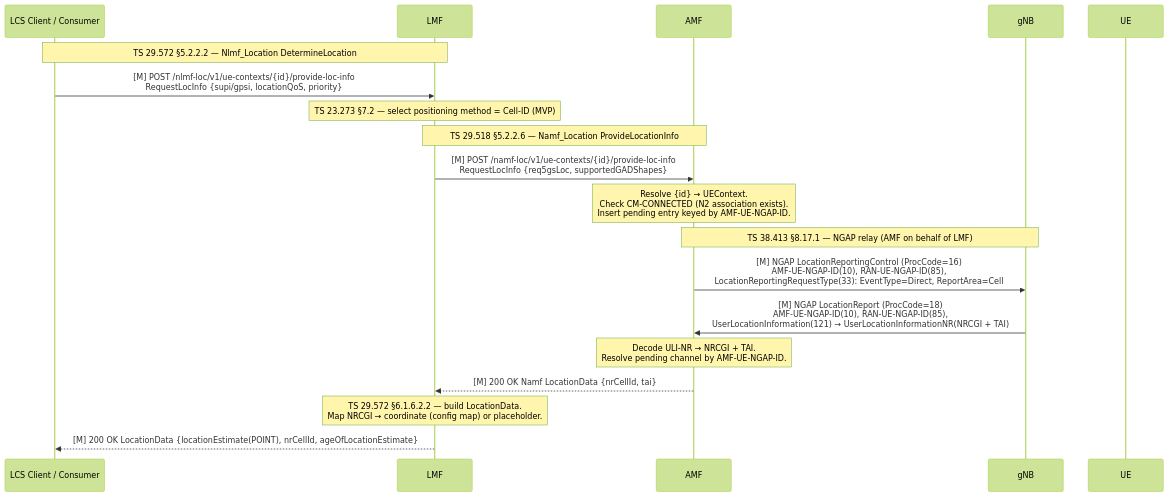
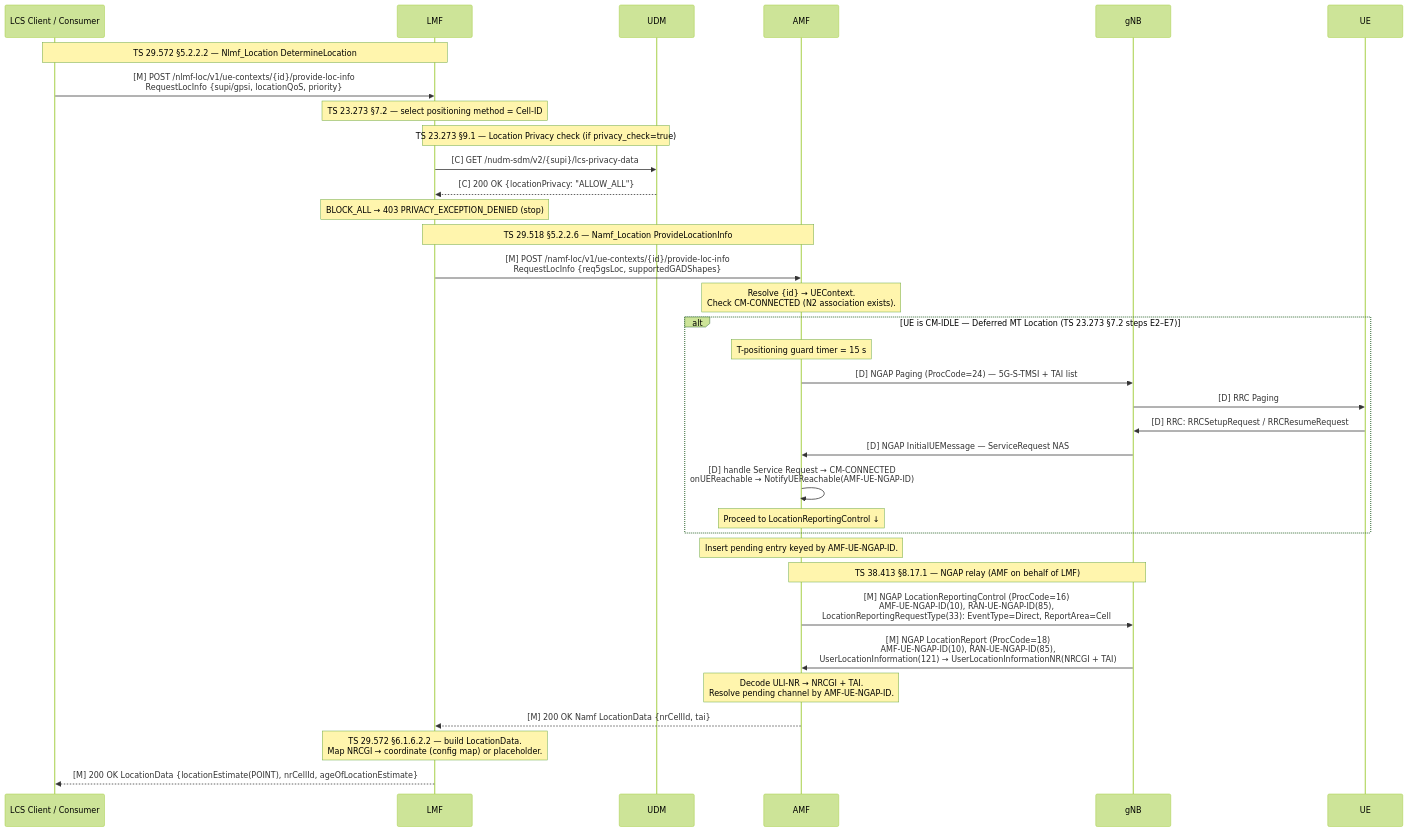
The diagram in docs/procedures/DetermineLocation.md (francurieses/claudia-5gc), drawn with Mermaid (forest theme) before and after one commit. The commit also changed other lines of this file and 121 other files, not shown here.

````diff
--- a/docs/procedures/DetermineLocation.md
+++ b/docs/procedures/DetermineLocation.md
@@ -72,25 +72,42 @@
 ```mermaid
 sequenceDiagram
     participant LCS as LCS Client / Consumer
     participant LMF
+    participant UDM
     participant AMF
     participant gNB
     participant UE
 
     Note over LCS,LMF: TS 29.572 §5.2.2.2 — Nlmf_Location DetermineLocation
     LCS->>LMF: [M] POST /nlmf-loc/v1/ue-contexts/{id}/provide-loc-info<br/>RequestLocInfo {supi/gpsi, locationQoS, priority}
-    Note over LMF: TS 23.273 §7.2 — select positioning method = Cell-ID (MVP)
+    Note over LMF: TS 23.273 §7.2 — select positioning method = Cell-ID
+
+    Note over LMF,UDM: TS 23.273 §9.1 — Location Privacy check (if privacy_check=true)
+    LMF->>UDM: [C] GET /nudm-sdm/v2/{supi}/lcs-privacy-data
+    UDM-->>LMF: [C] 200 OK {locationPrivacy: "ALLOW_ALL"}
+    Note over LMF: BLOCK_ALL → 403 PRIVACY_EXCEPTION_DENIED (stop)
 
     Note over LMF,AMF: TS 29.518 §5.2.2.6 — Namf_Location ProvideLocationInfo
     LMF->>AMF: [M] POST /namf-loc/v1/ue-contexts/{id}/provide-loc-info<br/>RequestLocInfo {req5gsLoc, supportedGADShapes}
-    Note over AMF: Resolve {id} → UEContext.<br/>Check CM-CONNECTED (N2 association exists).<br/>Insert pending entry keyed by AMF-UE-NGAP-ID.
+    Note over AMF: Resolve {id} → UEContext.<br/>Check CM-CONNECTED (N2 association exists).
 
+    alt UE is CM-IDLE — Deferred MT Location (TS 23.273 §7.2 steps E2–E7)
+        Note over AMF: T-positioning guard timer = 15 s
+        AMF->>gNB: [D] NGAP Paging (ProcCode=24) — 5G-S-TMSI + TAI list
+        gNB->>UE: [D] RRC Paging
+        UE->>gNB: [D] RRC: RRCSetupRequest / RRCResumeRequest
+        gNB->>AMF: [D] NGAP InitialUEMessage — ServiceRequest NAS
+        AMF->>AMF: [D] handle Service Request → CM-CONNECTED<br/>onUEReachable → NotifyUEReachable(AMF-UE-NGAP-ID)
+        Note over AMF: Proceed to LocationReportingControl ↓
+    end
+
+    Note over AMF: Insert pending entry keyed by AMF-UE-NGAP-ID.
     Note over AMF,gNB: TS 38.413 §8.17.1 — NGAP relay (AMF on behalf of LMF)
     AMF->>gNB: [M] NGAP LocationReportingControl (ProcCode=16)<br/>AMF-UE-NGAP-ID(10), RAN-UE-NGAP-ID(85),<br/>LocationReportingRequestType(33): EventType=Direct, ReportArea=Cell
     gNB->>AMF: [M] NGAP LocationReport (ProcCode=18)<br/>AMF-UE-NGAP-ID(10), RAN-UE-NGAP-ID(85),<br/>UserLocationInformation(121) → UserLocationInformationNR(NRCGI + TAI)
     Note over AMF: Decode ULI-NR → NRCGI + TAI.<br/>Resolve pending channel by AMF-UE-NGAP-ID.
 
     AMF-->>LMF: [M] 200 OK Namf LocationData {nrCellId, tai}
     Note over LMF: TS 29.572 §6.1.6.2.2 — build LocationData.<br/>Map NRCGI → coordinate (config map) or placeholder.
     LMF-->>LCS: [M] 200 OK LocationData {locationEstimate(POINT), nrCellId, ageOfLocationEstimate}
 ```
````
